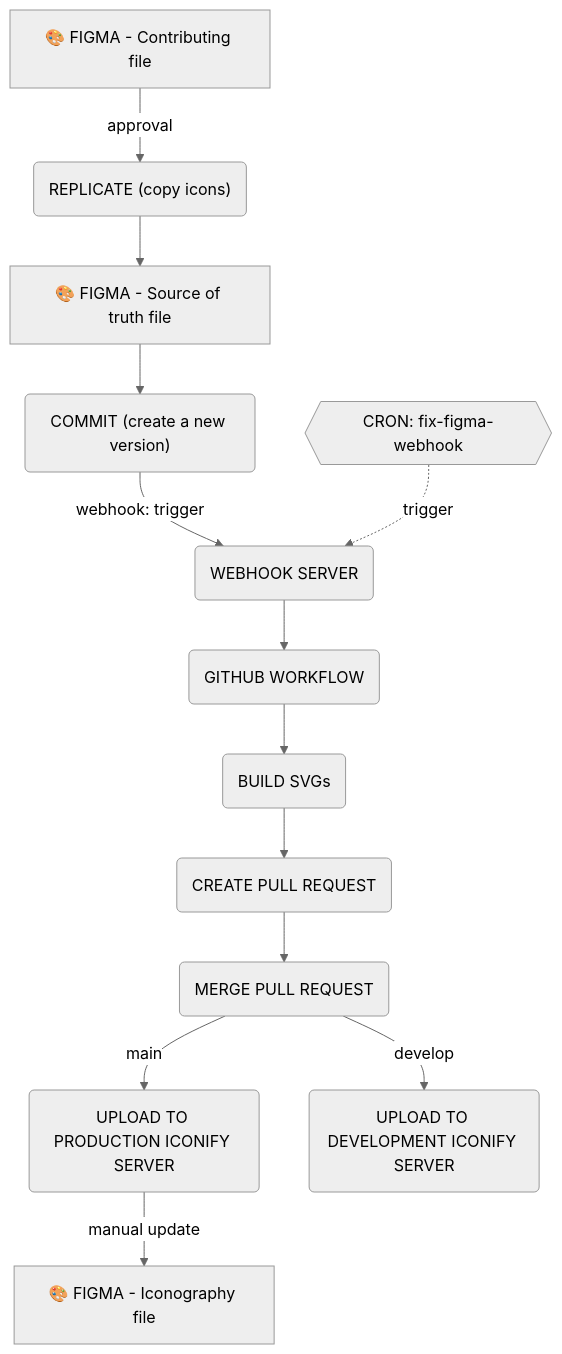
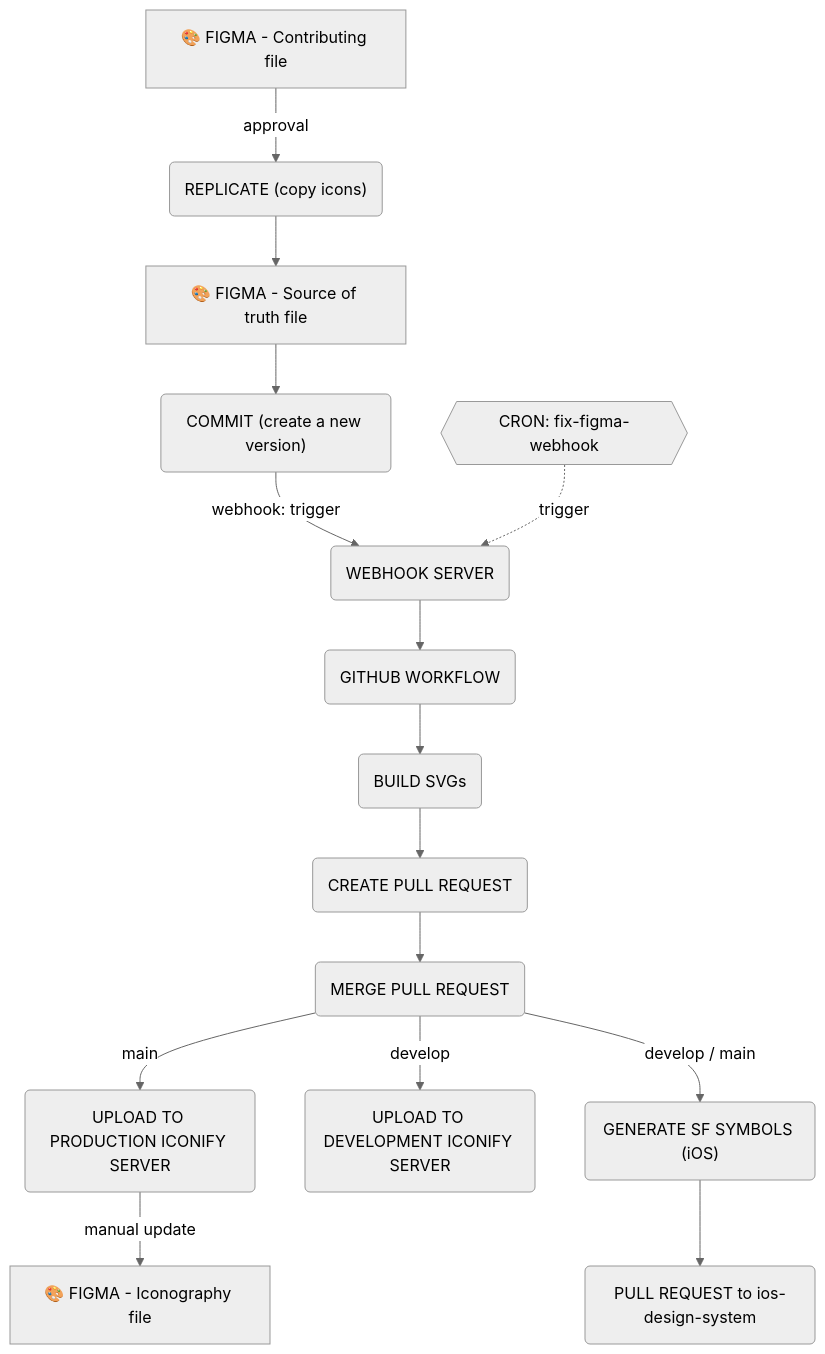
The diagram in packages/assets/images/svg/README.md (Infomaniak/design-system), drawn with Mermaid (neutral theme) before and after one commit. The commit also changed other lines of this file and 44 other files, not shown here.

First line of the commit message:
feat: generate SF Symbols for iOS from Figma icons (#325)

````diff
--- a/packages/assets/images/svg/README.md
+++ b/packages/assets/images/svg/README.md
@@ -83,31 +99,33 @@
 ```mermaid
 flowchart TD
   FIGMA_CONTRIBUTING["🎨 FIGMA - Contributing file"]
   REPLICATE("REPLICATE (copy icons)")
   FIGMA_SOURCE_OF_TRUTH["🎨 FIGMA - Source of truth file"]
   COMMIT("COMMIT (create a new version)")
   WEBHOOK_SERVER("WEBHOOK SERVER")
   GITHUB_WORKFLOW("GITHUB WORKFLOW")
   BUILD_SVGS("BUILD SVGs")
   CREATE_PR("CREATE PULL REQUEST")
   MERGE_PR("MERGE PULL REQUEST")
   UPLOAD_PROD("UPLOAD TO PRODUCTION ICONIFY SERVER")
   UPLOAD_DEVELOP("UPLOAD TO DEVELOPMENT ICONIFY SERVER")
   FIGMA_ICONOGRAPHY_GUIDELINE["🎨 FIGMA - Iconography file"]
 
   FIGMA_CONTRIBUTING -- "approval" --> REPLICATE
   REPLICATE --> FIGMA_SOURCE_OF_TRUTH
   FIGMA_SOURCE_OF_TRUTH --> COMMIT
   COMMIT -- "webhook: trigger" --> WEBHOOK_SERVER
   WEBHOOK_SERVER --> GITHUB_WORKFLOW
   GITHUB_WORKFLOW --> BUILD_SVGS
   BUILD_SVGS --> CREATE_PR
   CREATE_PR --> MERGE_PR
   MERGE_PR -- "main" --> UPLOAD_PROD
   MERGE_PR -- "develop" --> UPLOAD_DEVELOP
+  MERGE_PR -- "develop / main" --> GENERATE_SF_SYMBOLS("GENERATE SF SYMBOLS (iOS)")
+  GENERATE_SF_SYMBOLS --> PR_IOS("PULL REQUEST to ios-design-system")
   UPLOAD_PROD -- "manual update" --> FIGMA_ICONOGRAPHY_GUIDELINE
 
   %% FIX_FIGMA_WEBHOOK
   FIX_FIGMA_WEBHOOK{{"CRON: fix-figma-webhook"}}
   FIX_FIGMA_WEBHOOK -. "trigger" .-> WEBHOOK_SERVER
 ```
````
